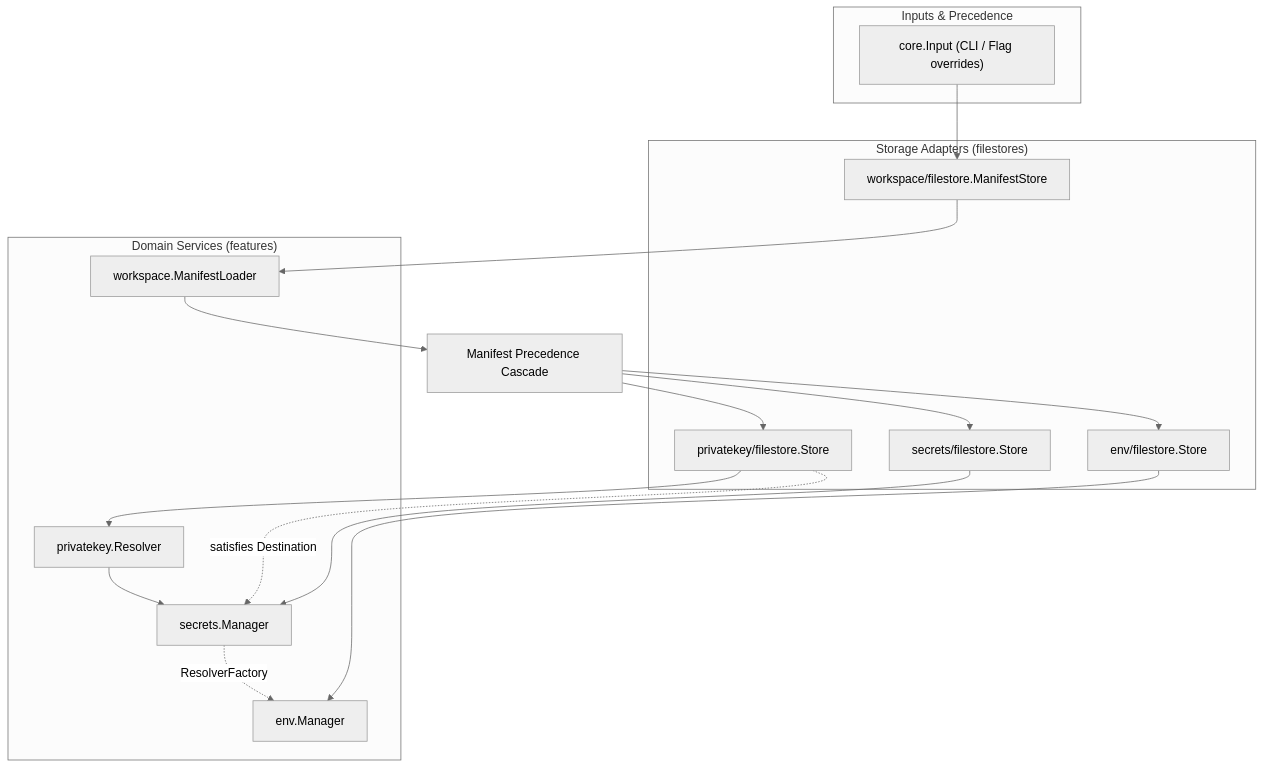
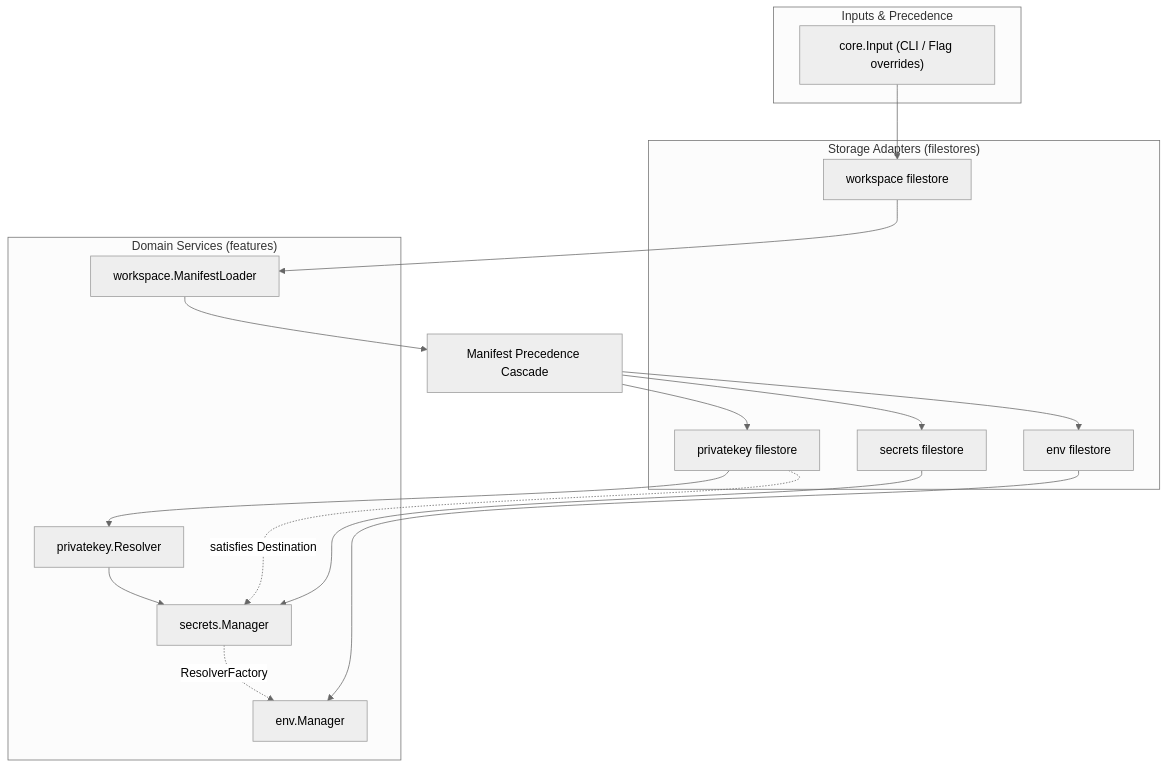
Before and after one commit to go-envx/envx: the first of 2 diagrams in .plans/20260924-di-refactor.md, drawn with Mermaid (neutral theme). The commit also changed other lines of this file, not shown here.

````diff
--- a/.plans/20260924-di-refactor.md
+++ b/.plans/20260924-di-refactor.md
@@ -321,34 +330,34 @@
 ```mermaid
 flowchart TD
     subgraph Inputs["Inputs & Precedence"]
         Input["core.Input (CLI / Flag overrides)"]
     end
 
     subgraph Adapters["Storage Adapters (filestores)"]
-        WSStore["workspace/filestore.ManifestStore"]
-        PKStore["privatekey/filestore.Store"]
-        SecStore["secrets/filestore.Store"]
-        EnvStore["env/filestore.Store"]
+        WSStore["workspace filestore"]
+        PKStore["privatekey filestore"]
+        SecStore["secrets filestore"]
+        EnvStore["env filestore"]
     end
 
     subgraph DomainServices["Domain Services (features)"]
         WSLoader["workspace.ManifestLoader"]
         PKResolver["privatekey.Resolver"]
         SecMgr["secrets.Manager"]
         EnvMgr["env.Manager"]
     end
 
     Input --> WSStore
     WSStore --> WSLoader
     WSLoader --> ConfigCascade["Manifest Precedence Cascade"]
     ConfigCascade --> PKStore
     ConfigCascade --> SecStore
     ConfigCascade --> EnvStore
 
     PKStore --> PKResolver
     PKStore -. satisfies Destination .-> SecMgr
     SecStore --> SecMgr
     PKResolver --> SecMgr
     EnvStore --> EnvMgr
     SecMgr -. ResolverFactory .-> EnvMgr
 ```
````
